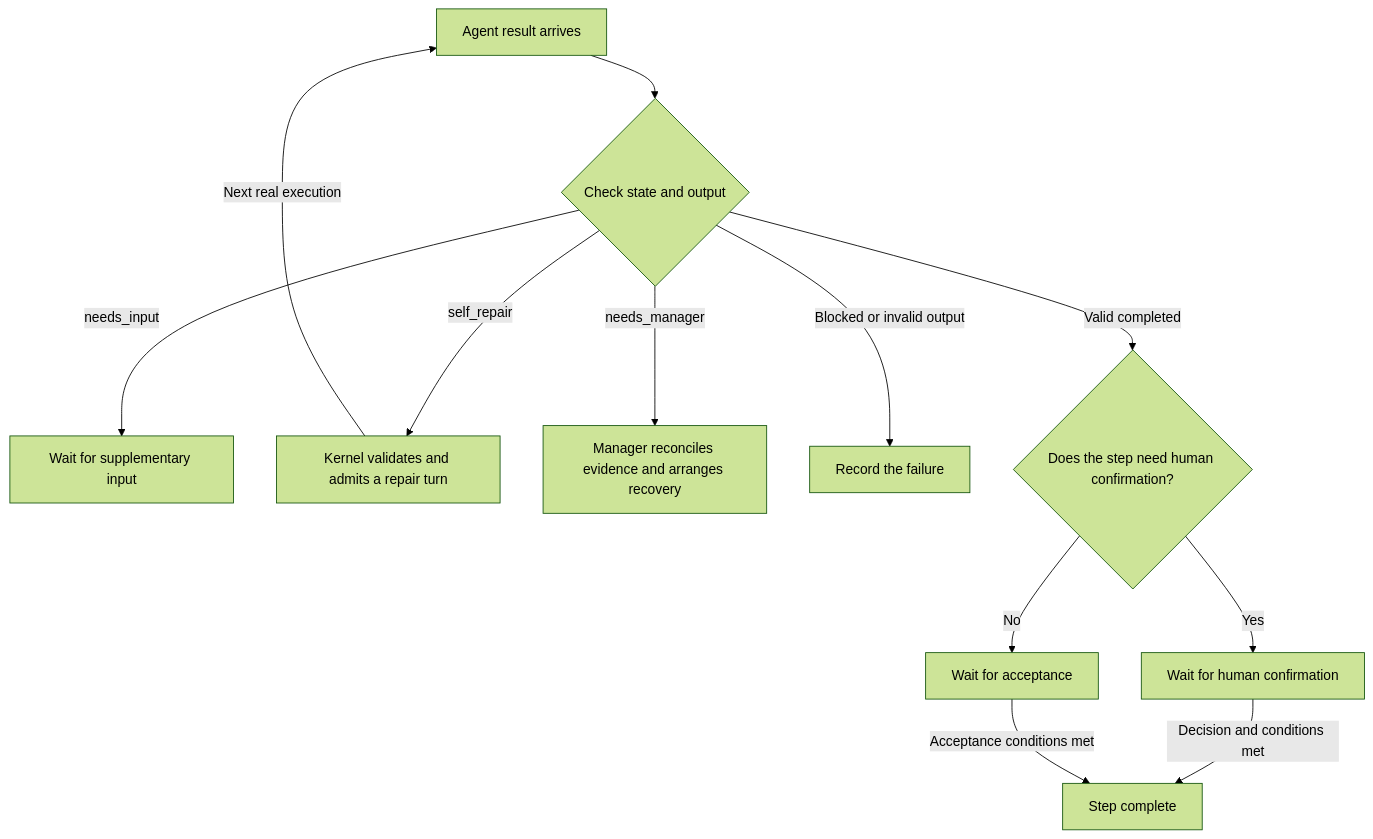
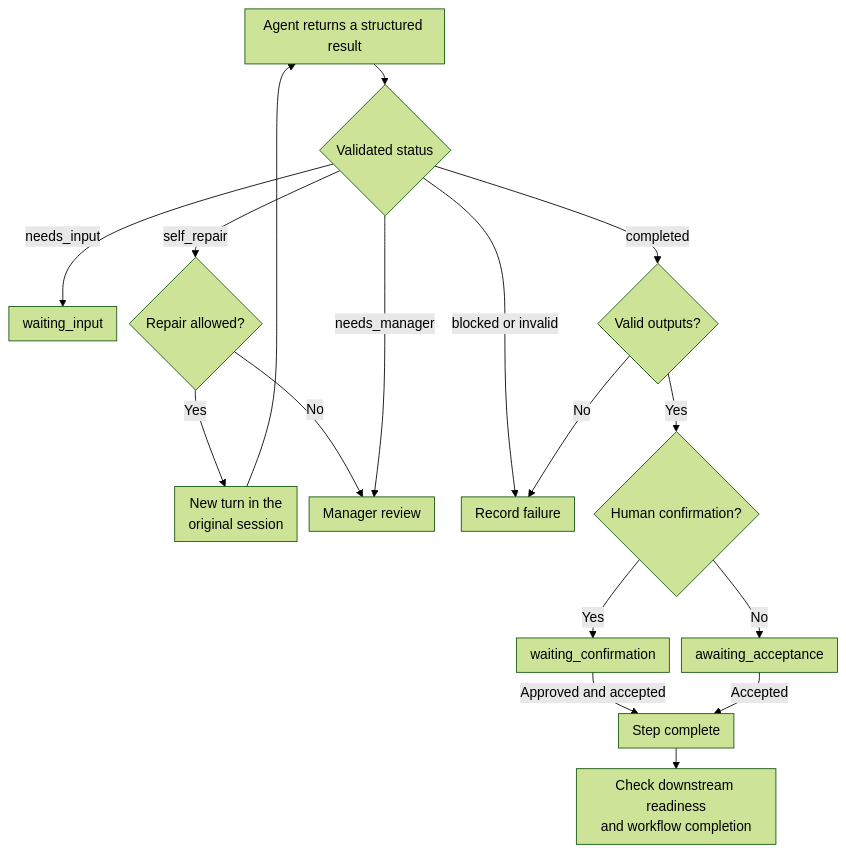
The fourth of 4 diagrams in README.md (xfork24/devdesk), drawn with Mermaid (forest theme) before and after one commit. The commit also changed other lines of this file and 1 other file, not shown here.

````diff
--- a/README.md
+++ b/README.md
@@ -405,14 +475,26 @@
 ```mermaid
+---
+config:
+  flowchart:
+    nodeSpacing: 14
+    rankSpacing: 24
+    padding: 8
+---
 flowchart TD
-    R[Agent result arrives] --> V{Check state and output}
-    V -->|needs_input| I[Wait for supplementary input]
-    V -->|self_repair| S[Kernel validates and admits a repair turn]
-    S -->|Next real execution| R
-    V -->|needs_manager| M[Manager reconciles evidence and arranges recovery]
-    V -->|Blocked or invalid output| F[Record the failure]
-    V -->|Valid completed| H{Does the step need human confirmation?}
-    H -->|Yes| C[Wait for human confirmation]
-    H -->|No| A[Wait for acceptance]
-    C -->|Decision and conditions met| D[Step complete]
-    A -->|Acceptance conditions met| D
+    R["Agent returns a structured result"] --> V{"Validated status"}
+    V -->|needs_input| I["waiting_input"]
+    V -->|self_repair| S{"Repair allowed?"}
+    S -->|Yes| N["New turn in the<br/>original session"]
+    N --> R
+    S -->|No| M["Manager review"]
+    V -->|needs_manager| M
+    V -->|blocked or invalid| F["Record failure"]
+    V -->|completed| O{"Valid outputs?"}
+    O -->|No| F
+    O -->|Yes| H{"Human confirmation?"}
+    H -->|Yes| C["waiting_confirmation"]
+    H -->|No| A["awaiting_acceptance"]
+    C -->|Approved and accepted| D["Step complete"]
+    A -->|Accepted| D
+    D --> X["Check downstream readiness<br/>and workflow completion"]
 ```
````
